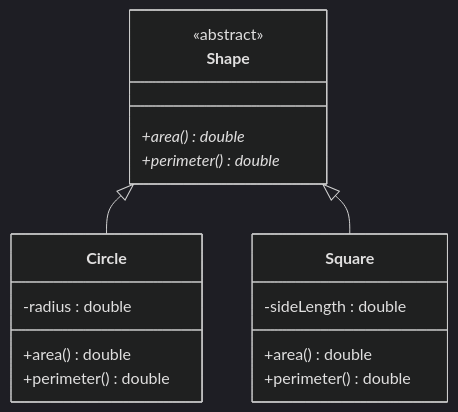
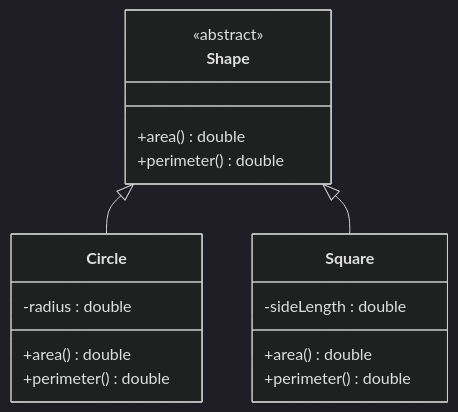
Before and after one commit to WVUP/ObjectOrientedProgramming: the first of 2 diagrams in docs/7-abstract-classes-and-interfaces.md, drawn with Mermaid (dark theme).

```diff
--- a/docs/7-abstract-classes-and-interfaces.md
+++ b/docs/7-abstract-classes-and-interfaces.md
@@ -16,20 +16,20 @@
 <pre class="mermaid">
     classDiagram
         Shape <|-- Circle
         Shape <|-- Square
         class Shape {
             <<abstract>>
-            +area()* double
-            +perimeter()* double
+            +area() double
+            +perimeter() double
         }
         class Circle {
             -radius : double
             +area() double
             +perimeter() double
         }
         class Square {
             -sideLength : double
             +area() double
             +perimeter() double
         }
 </pre>
```
